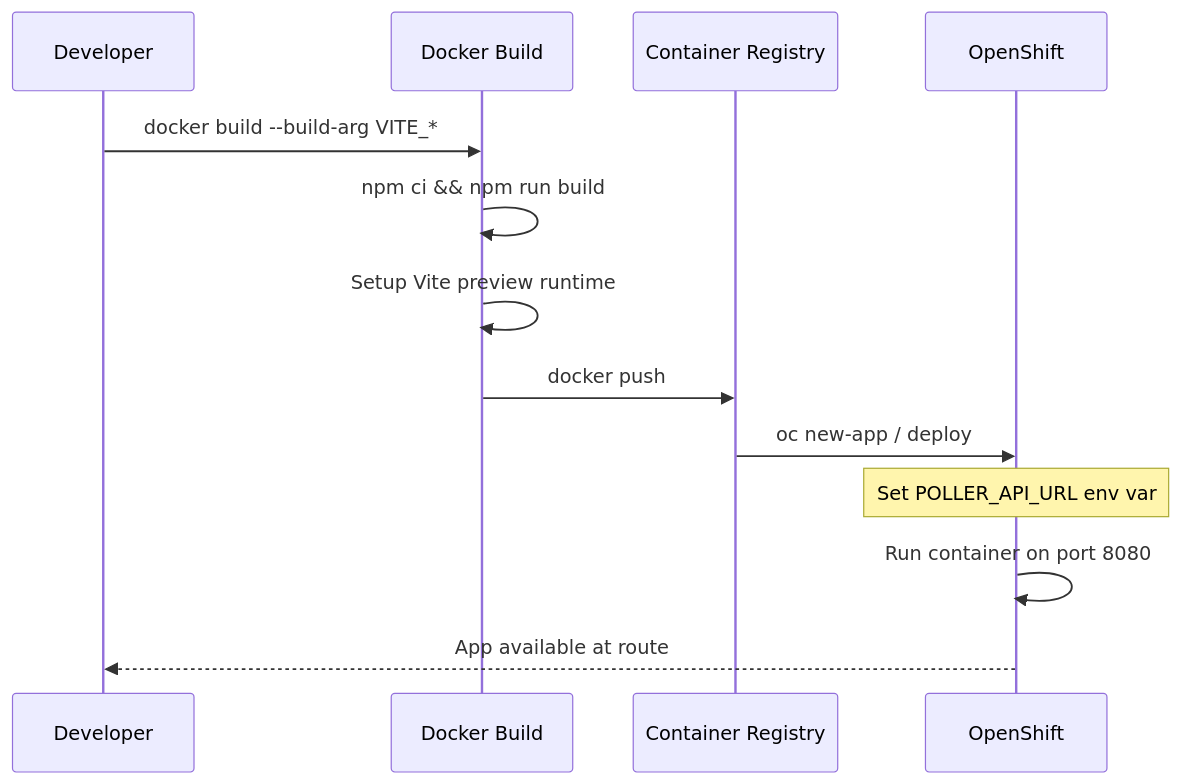
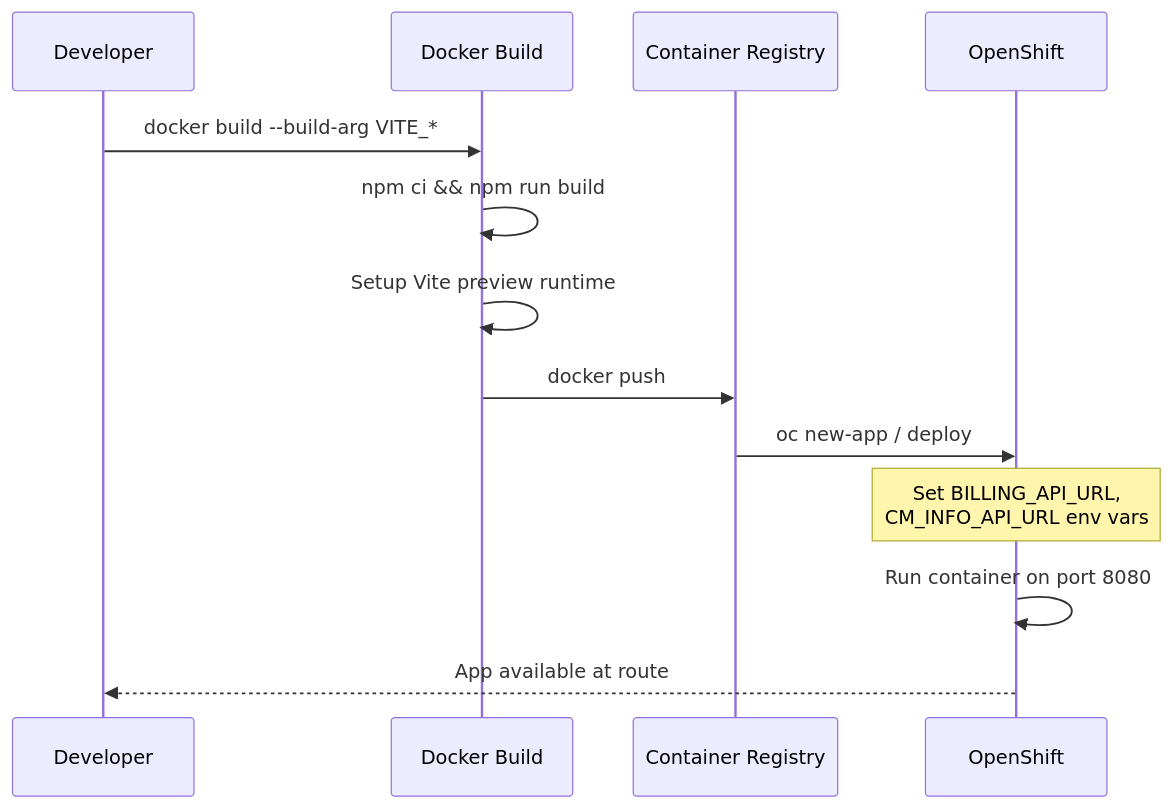
One commit to LoneWolf345/sound-check changed the second of 2 diagrams in README.md. Above: the diagram before and after it, drawn with Mermaid. The commit also changed other lines of this file and 7 other files, not shown here.

````diff
--- a/README.md
+++ b/README.md
@@ -83,16 +98,16 @@
 ```mermaid
 sequenceDiagram
     participant Dev as Developer
     participant Docker as Docker Build
     participant Registry as Container Registry
     participant OCP as OpenShift
 
     Dev->>Docker: docker build --build-arg VITE_*
     Docker->>Docker: npm ci && npm run build
     Docker->>Docker: Setup Vite preview runtime
     Docker->>Registry: docker push
     Registry->>OCP: oc new-app / deploy
-    Note over OCP: Set POLLER_API_URL env var
+    Note over OCP: Set BILLING_API_URL,<br/>CM_INFO_API_URL env vars
     OCP->>OCP: Run container on port 8080
     OCP-->>Dev: App available at route
 ```
````
